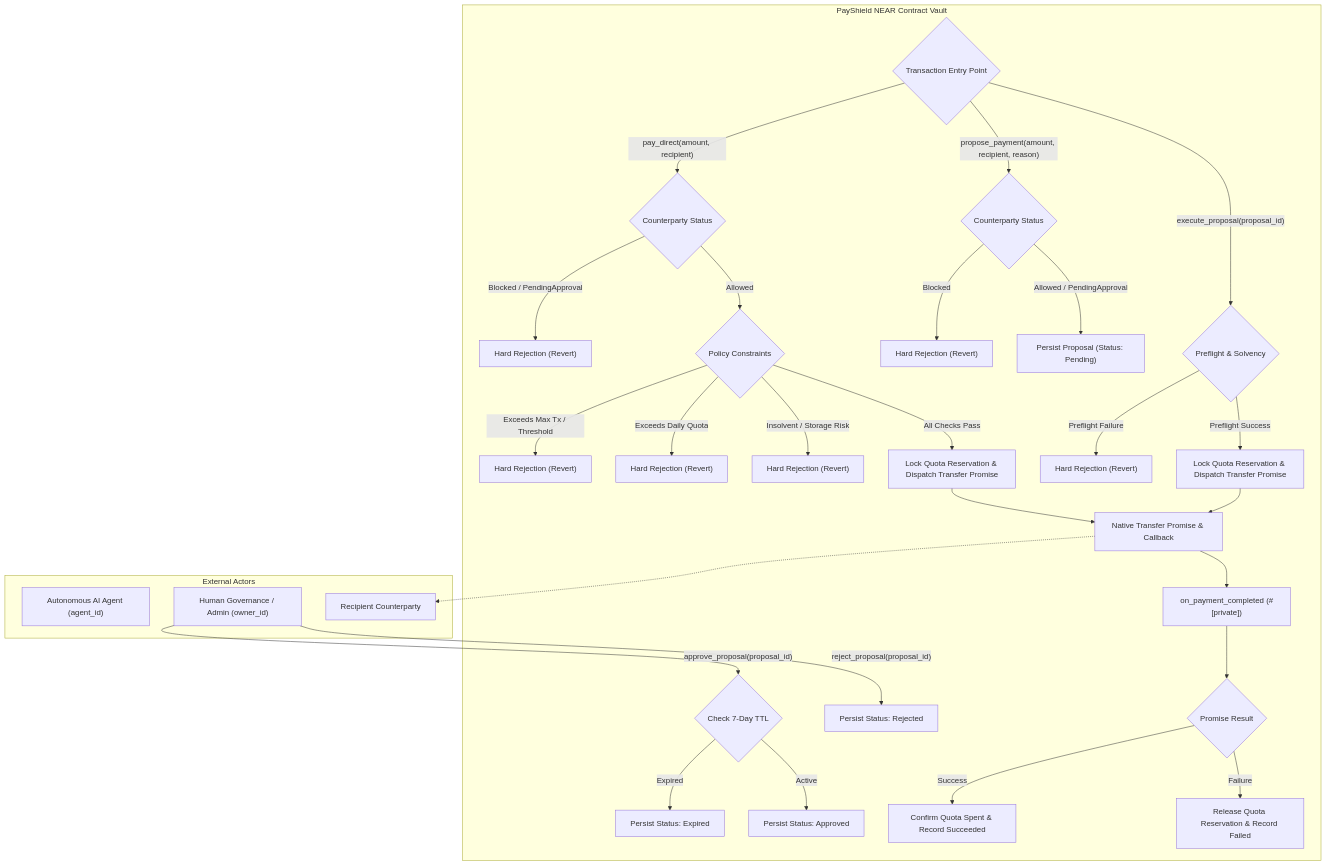
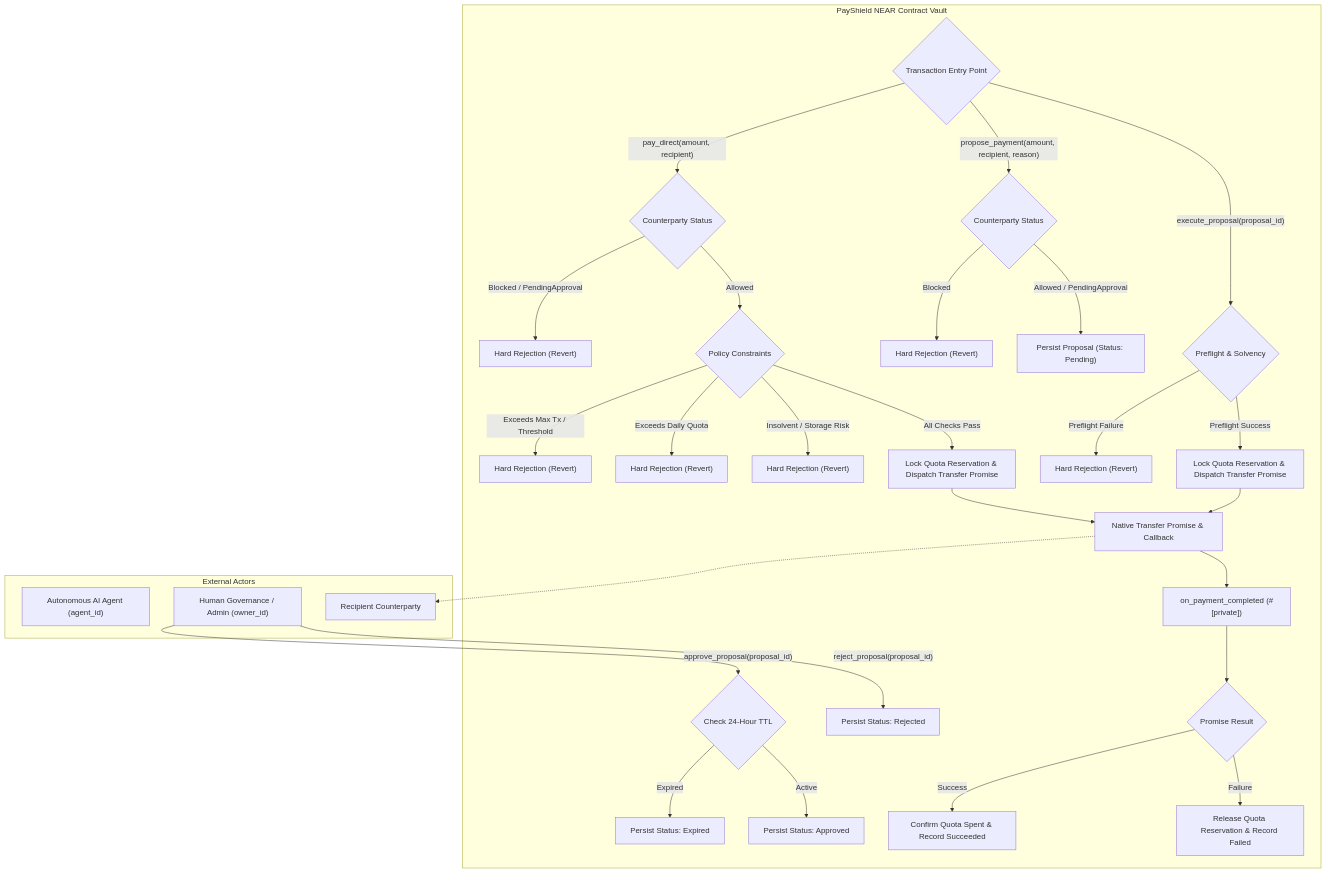
One commit to Alafedoyinsola/PayShield-NEAR changed the diagram in README.md. Above: the diagram before and after it, drawn with Mermaid. The commit also changed other lines of this file, not shown here.

Commit message:
docs: correct proposal expiry and verification checkpoint

````diff
--- a/README.md
+++ b/README.md
@@ -77,45 +77,45 @@
 ```mermaid
 flowchart TD
     subgraph ExternalActor["External Actors"]
         Agent["Autonomous AI Agent (agent_id)"]
         Owner["Human Governance / Admin (owner_id)"]
         Counterparty["Recipient Counterparty"]
     end
 
     subgraph PayShieldContract["PayShield NEAR Contract Vault"]
         Router{"Transaction Entry Point"}
 
         %% Direct Payment Branch
         Router -->|"pay_direct(amount, recipient)"| DirectGuard{"Counterparty Status"}
         DirectGuard -->|"Blocked / PendingApproval"| DirectReject["Hard Rejection (Revert)"]
         DirectGuard -->|"Allowed"| PolicyGuard{"Policy Constraints"}
         PolicyGuard -->|"Exceeds Max Tx / Threshold"| PolicyReject["Hard Rejection (Revert)"]
         PolicyGuard -->|"Exceeds Daily Quota"| QuotaReject["Hard Rejection (Revert)"]
         PolicyGuard -->|"Insolvent / Storage Risk"| SolvencyReject["Hard Rejection (Revert)"]
         PolicyGuard -->|"All Checks Pass"| DirectReserve["Lock Quota Reservation & Dispatch Transfer Promise"]
 
         %% Proposal Workflow Branch
         Router -->|"propose_payment(amount, recipient, reason)"| PropGuard{"Counterparty Status"}
         PropGuard -->|"Blocked"| PropReject["Hard Rejection (Revert)"]
         PropGuard -->|"Allowed / PendingApproval"| PendingProp["Persist Proposal (Status: Pending)"]
 
-        Owner -->|"approve_proposal(proposal_id)"| OwnerApprove{"Check 7-Day TTL"}
+        Owner -->|"approve_proposal(proposal_id)"| OwnerApprove{"Check 24-Hour TTL"}
         OwnerApprove -->|"Expired"| MarkExpired["Persist Status: Expired"]
         OwnerApprove -->|"Active"| MarkApproved["Persist Status: Approved"]
         Owner -->|"reject_proposal(proposal_id)"| MarkRejected["Persist Status: Rejected"]
 
         Router -->|"execute_proposal(proposal_id)"| ExecGuard{"Preflight & Solvency"}
         ExecGuard -->|"Preflight Failure"| ExecReject["Hard Rejection (Revert)"]
         ExecGuard -->|"Preflight Success"| ExecReserve["Lock Quota Reservation & Dispatch Transfer Promise"]
 
         %% Settlement Callback
         DirectReserve --> PromiseDispatch["Native Transfer Promise & Callback"]
         ExecReserve --> PromiseDispatch
         PromiseDispatch --> Callback["on_payment_completed (#[private])"]
         Callback --> Result{"Promise Result"}
         Result -->|"Success"| SettleSuccess["Confirm Quota Spent & Record Succeeded"]
         Result -->|"Failure"| SettleFail["Release Quota Reservation & Record Failed"]
     end
 
     PromiseDispatch -.-> Counterparty
 ```
````
